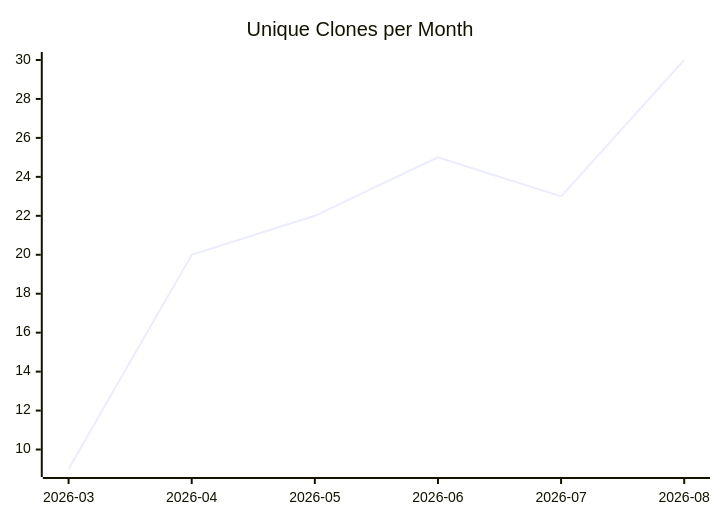
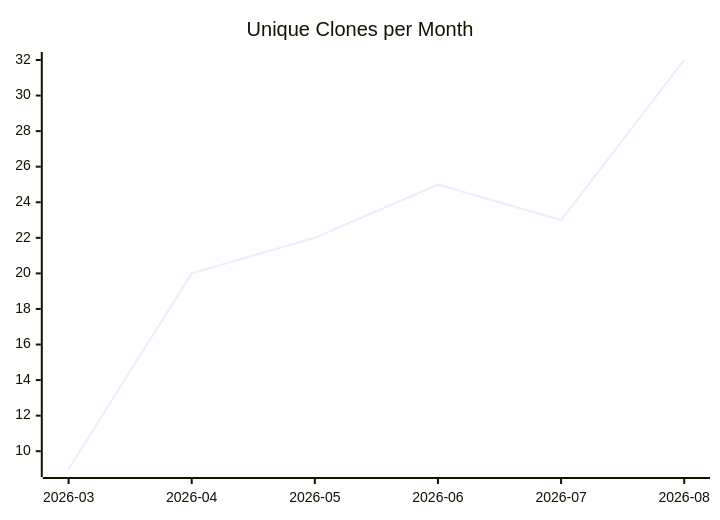
One commit to justdavis-family/github-analytics-data changed the third of 3 diagrams in karlmdavis/kxml2/README.md. Above: the diagram before and after it, drawn with Mermaid. The commit also changed other lines of this file and 192 other files, not shown here.

````diff
--- a/karlmdavis/kxml2/README.md
+++ b/karlmdavis/kxml2/README.md
@@ -19,6 +19,6 @@
 ```mermaid
 xychart-beta
   title "Unique Clones per Month"
   x-axis ["2026-03", "2026-04", "2026-05", "2026-06", "2026-07", "2026-08"]
-  line [9, 20, 22, 25, 23, 30]
+  line [9, 20, 22, 25, 23, 32]
 ```
````
